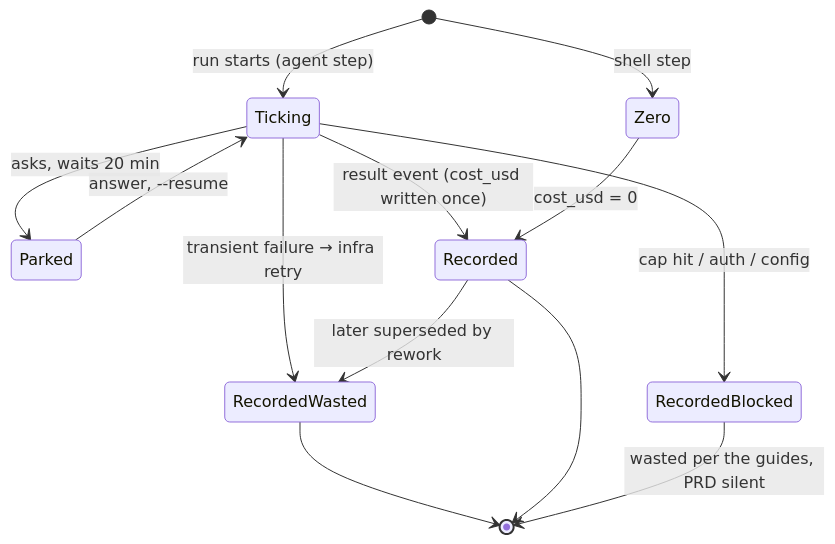
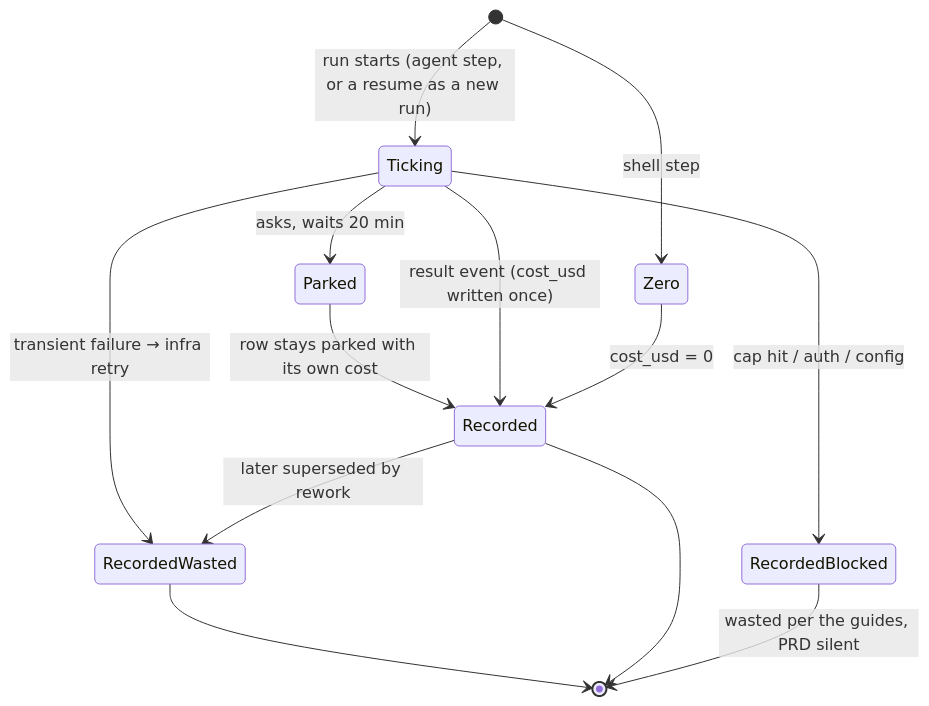
One commit to ClearCloudSoftware/flowboard changed the diagram in docs/FlowBoard/Cost And Control/Cost Accounting Rules.md. Above: the diagram before and after it, drawn with Mermaid. The commit also changed other lines of this file and 12 other files, not shown here.

````diff
--- a/docs/FlowBoard/Cost And Control/Cost Accounting Rules.md
+++ b/docs/FlowBoard/Cost And Control/Cost Accounting Rules.md
@@ -60,15 +60,15 @@
 ```mermaid
 stateDiagram-v2
-  [*] --> Ticking: run starts (agent step)
+  [*] --> Ticking: run starts (agent step, or a resume as a new run)
   [*] --> Zero: shell step
   Ticking --> Parked: asks, waits 20 min
-  Parked --> Ticking: answer, --resume
+  Parked --> Recorded: row stays parked with its own cost
   Ticking --> Recorded: result event (cost_usd written once)
   Ticking --> RecordedWasted: transient failure → infra retry
   Ticking --> RecordedBlocked: cap hit / auth / config
   Recorded --> RecordedWasted: later superseded by rework
   Zero --> Recorded: cost_usd = 0
   RecordedWasted --> [*]
   Recorded --> [*]
   RecordedBlocked --> [*]: wasted per the guides, PRD silent
 ```
````
